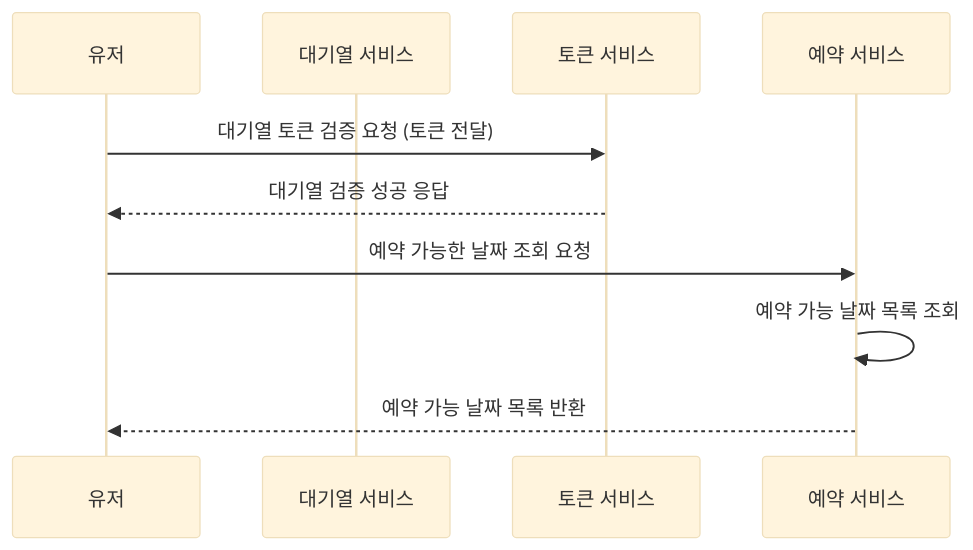
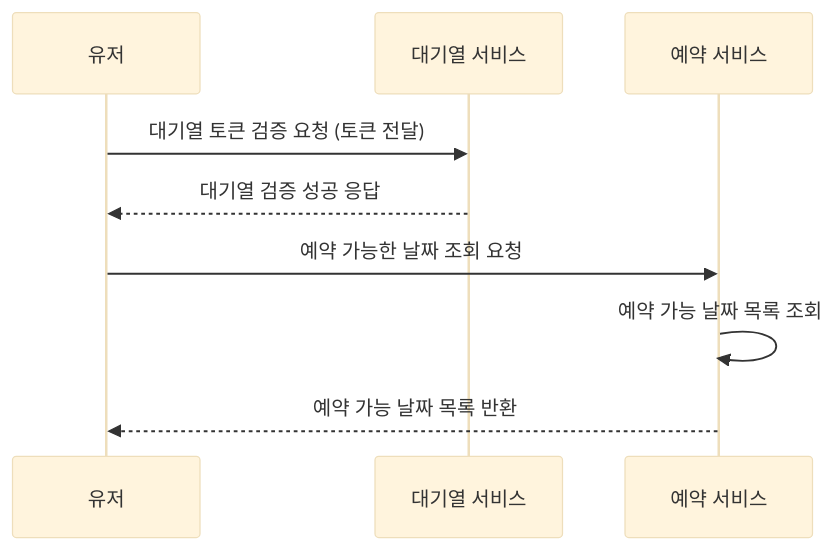
One commit to jyjae/hhplus-concert changed the third of 8 diagrams in docs/sequence.md. Above: the diagram before and after it, drawn with Mermaid (base theme). The commit also changed other lines of this file, not shown here.

Commit message:
Docs: 시퀀스 다이어그램 대기열 검증 주체 변경

````diff
--- a/docs/sequence.md
+++ b/docs/sequence.md
@@ -63,13 +63,13 @@
 ```mermaid
 sequenceDiagram
     participant User as 유저
     participant QueueService as 대기열 서비스
-    participant TokenService as 토큰 서비스
     participant ReservationService as 예약 서비스
 
-    User->>TokenService: 대기열 토큰 검증 요청 (토큰 전달)
-    TokenService-->>User: 대기열 검증 성공 응답
+    User->>QueueService: 대기열 토큰 검증 요청 (토큰 전달)
+    QueueService-->>User: 대기열 검증 성공 응답
     User->>ReservationService: 예약 가능한 날짜 조회 요청
     ReservationService->>ReservationService: 예약 가능 날짜 목록 조회
     ReservationService-->>User: 예약 가능 날짜 목록 반환
+
 ```
````
